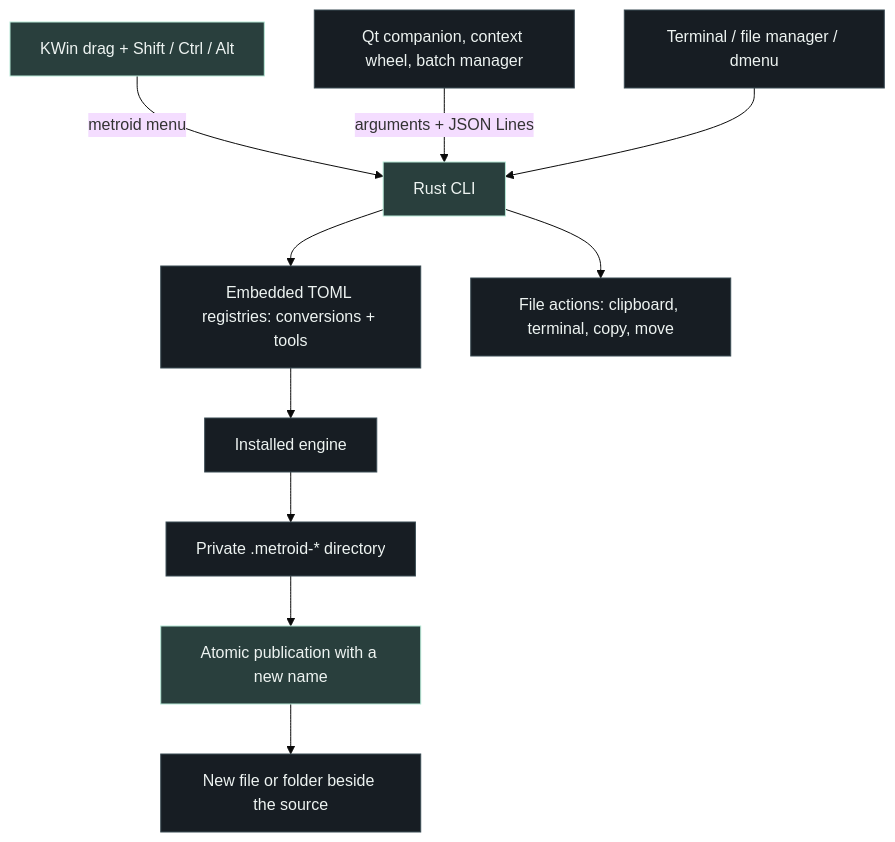
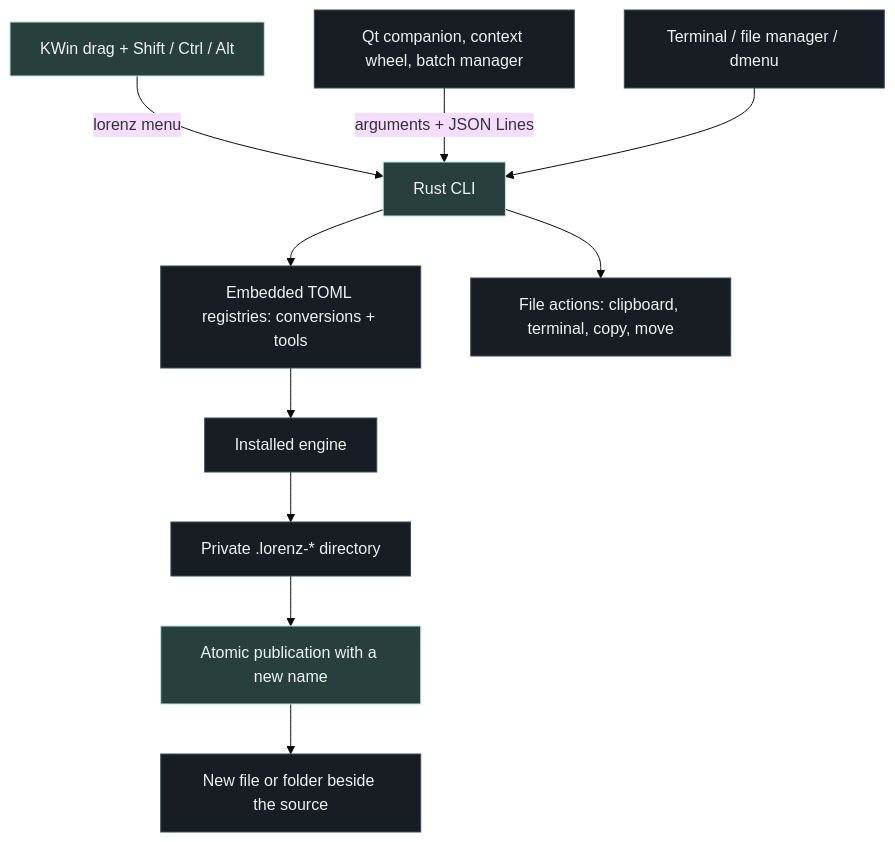
The diagram in docs/ARCHITECTURE.md (Chaos-Tic/Lorenz), drawn with Mermaid (base theme) before and after one commit. The commit also changed other lines of this file and 48 other files, not shown here.

````diff
--- a/docs/ARCHITECTURE.md
+++ b/docs/ARCHITECTURE.md
@@ -9,16 +9,16 @@
 ```mermaid
 flowchart TD
-    KWin[KWin drag + Shift / Ctrl / Alt] -->|metroid menu| CLI[Rust CLI]
+    KWin[KWin drag + Shift / Ctrl / Alt] -->|lorenz menu| CLI[Rust CLI]
     UI[Qt companion, context wheel, batch manager] -->|arguments + JSON Lines| CLI
     Shell[Terminal / file manager / dmenu] --> CLI
     CLI --> Registry[Embedded TOML registries: conversions + tools]
     CLI --> Actions[File actions: clipboard, terminal, copy, move]
     Registry --> Engine[Installed engine]
-    Engine --> Temp[Private .metroid-* directory]
+    Engine --> Temp[Private .lorenz-* directory]
     Temp --> Publish[Atomic publication with a new name]
     Publish --> Result[New file or folder beside the source]
     classDef base fill:#171d23,stroke:#3b4c54,color:#edf3f1
     classDef accent fill:#293f3d,stroke:#b6e8d6,color:#edf3f1
     class UI,Shell,Registry,Engine,Temp,Result,Actions base
     class KWin,CLI,Publish accent
 ```
````
